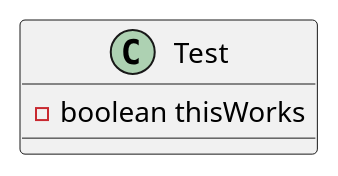
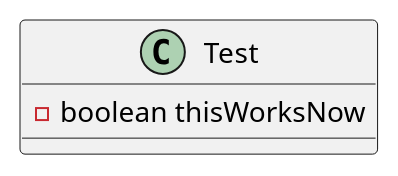
Before and after one commit to andrewdimmer/csi-3370-software-project: the diagram in docs/uml-class-diagrams/test.puml, drawn with PlantUML.

```diff
--- a/docs/uml-class-diagrams/test.puml
+++ b/docs/uml-class-diagrams/test.puml
@@ -1,7 +1,7 @@
 @startuml test
 
 class Test {
-    - boolean thisWorks
+    - boolean thisWorksNow
 }
 
 @enduml
```
